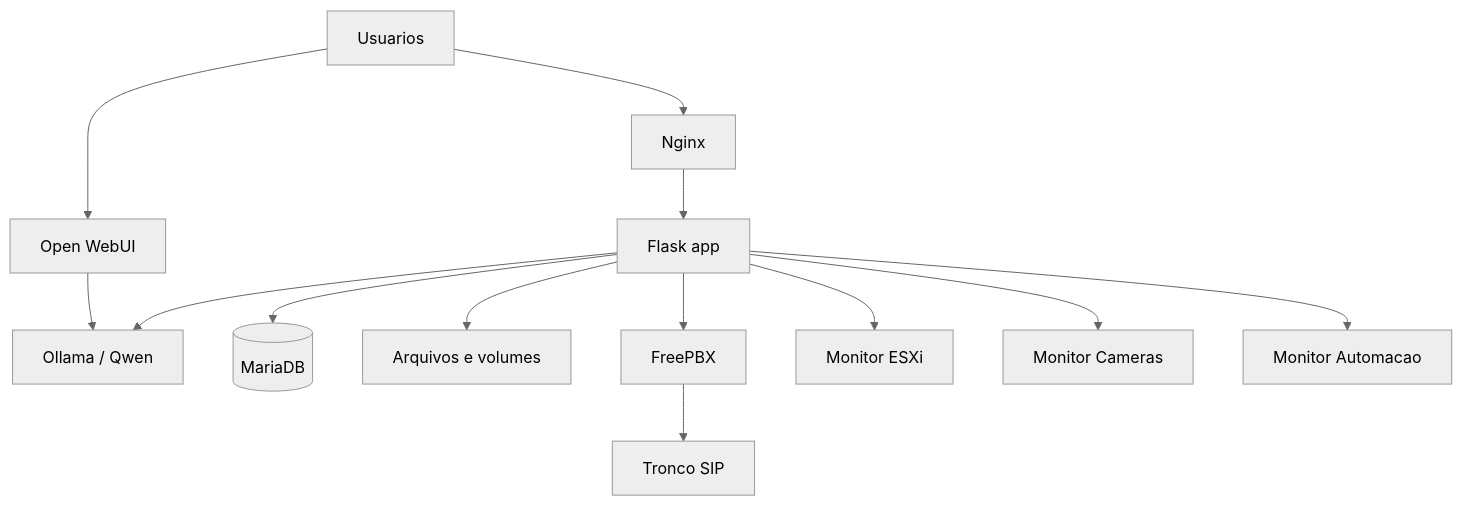
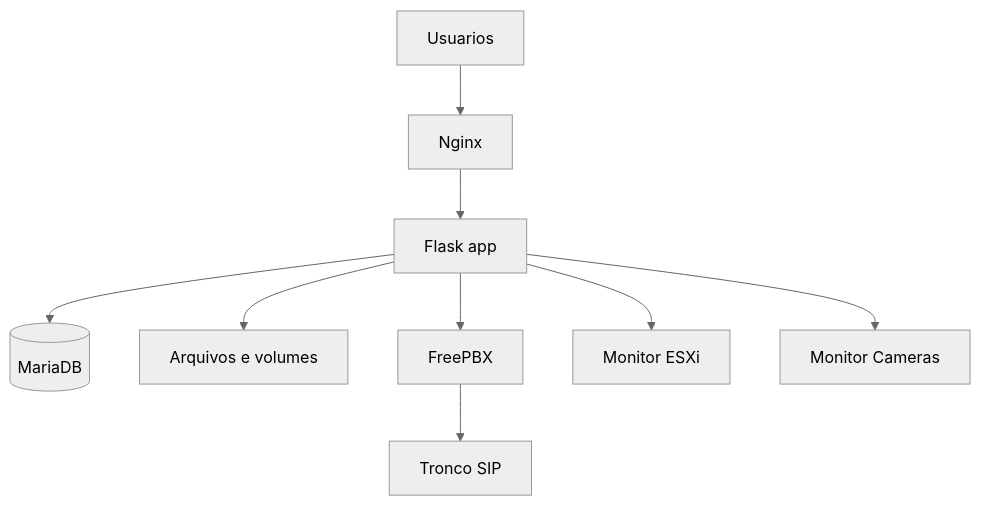
One commit to renansc/NanotechSoft changed the first of 25 diagrams in apps/riob/source/docs/DIAGRAMAS_E_PROCESSOS.md. Above: the diagram before and after it, drawn with Mermaid (neutral theme). The commit also changed other lines of this file and 188 other files, not shown here.

````diff
--- a/apps/riob/source/docs/DIAGRAMAS_E_PROCESSOS.md
+++ b/apps/riob/source/docs/DIAGRAMAS_E_PROCESSOS.md
@@ -15,15 +15,11 @@
 ```mermaid
 flowchart TB
     U[Usuarios] --> N[Nginx]
     N --> APP[Flask app]
-    U --> WEBUI[Open WebUI]
-    WEBUI --> OLLAMA[Ollama / Qwen]
-    APP --> OLLAMA
     APP --> DB[(MariaDB)]
     APP --> FS[Arquivos e volumes]
     APP --> PBX[FreePBX]
     APP --> ESXI[Monitor ESXi]
     APP --> CAM[Monitor Cameras]
-    APP --> AUTO[Monitor Automacao]
     PBX --> TRUNK[Tronco SIP]
 ```
````
